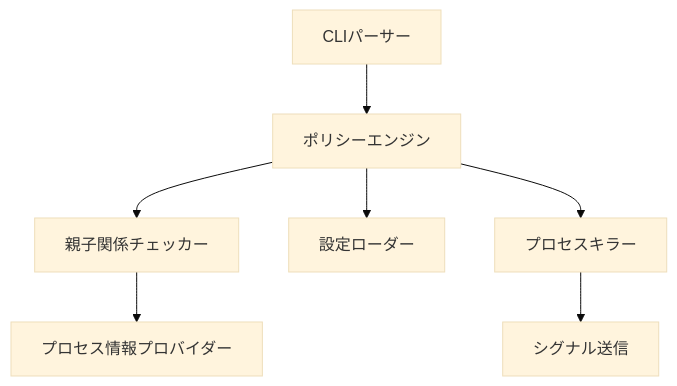
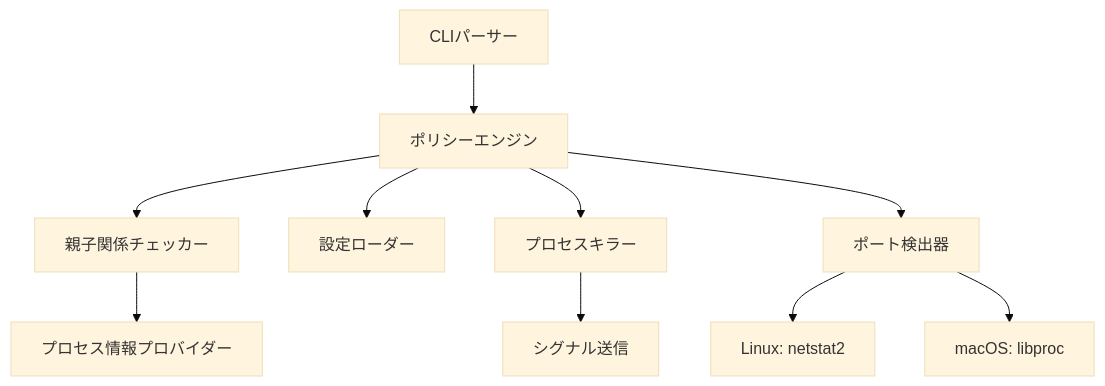
One commit to owayo/safe-kill changed the diagram in docs/architecture.ja.md. Above: the diagram before and after it, drawn with Mermaid (base theme). The commit also changed other lines of this file and 25 other files, not shown here.

````diff
--- a/docs/architecture.ja.md
+++ b/docs/architecture.ja.md
@@ -7,9 +7,12 @@
 ```mermaid
 flowchart TB
     CLI[CLIパーサー] --> Policy[ポリシーエンジン]
     Policy --> Ancestry[親子関係チェッカー]
     Policy --> Config[設定ローダー]
     Policy --> Killer[プロセスキラー]
+    Policy --> Port[ポート検出器]
+    Port --> PortLinux[Linux: netstat2]
+    Port --> PortMac[macOS: libproc]
     Ancestry --> ProcInfo[プロセス情報プロバイダー]
     Killer --> Signal[シグナル送信]
 ```
````
